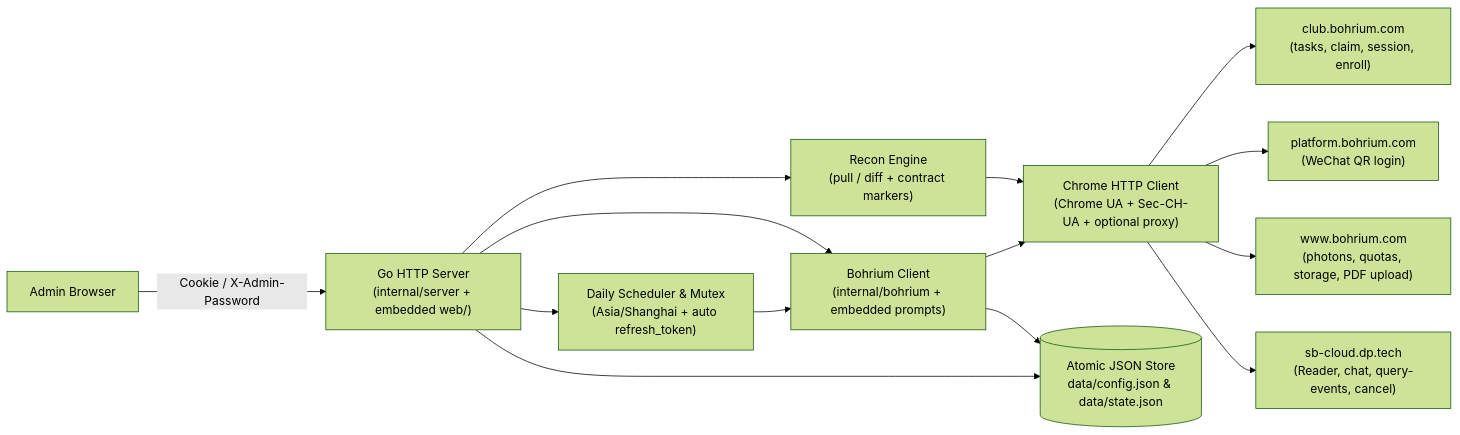
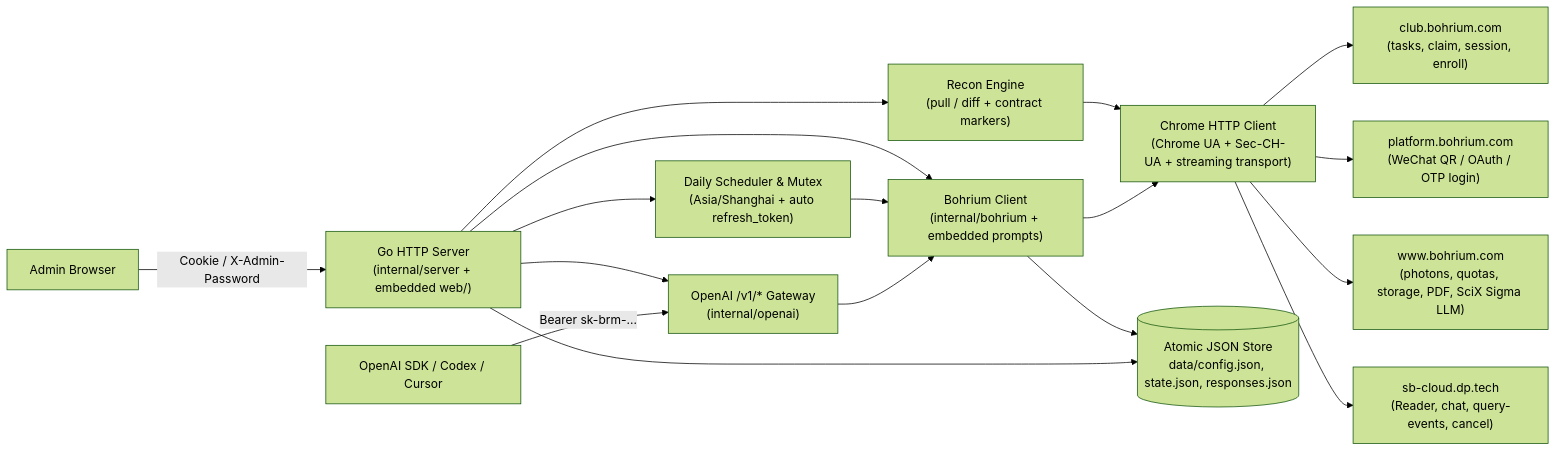
Before and after one commit to LandmineHQ/bohrium-club-auto: the diagram in README.md, drawn with Mermaid (forest theme). The commit also changed other lines of this file and 25 other files, not shown here.

````diff
--- a/README.md
+++ b/README.md
@@ -216,16 +225,19 @@
 ```mermaid
 flowchart LR
     Browser["Admin Browser"] -->|"Cookie / X-Admin-Password"| HTTP["Go HTTP Server<br/>(internal/server + embedded web/)"]
+    SDK["OpenAI SDK / Codex / Cursor"] -->|"Bearer sk-brm-..."| GW["OpenAI /v1/* Gateway<br/>(internal/openai)"]
+    HTTP --> GW
     HTTP --> Sched["Daily Scheduler & Mutex<br/>(Asia/Shanghai + auto refresh_token)"]
     HTTP --> Recon["Recon Engine<br/>(pull / diff + contract markers)"]
-    Sched --> Client["Bohrium Client<br/>(internal/bohrium + embedded prompts)"]
+    GW --> Client["Bohrium Client<br/>(internal/bohrium + embedded prompts)"]
+    Sched --> Client
     HTTP --> Client
-    Client --> Chrome["Chrome HTTP Client<br/>(Chrome UA + Sec-CH-UA + optional proxy)"]
+    Client --> Chrome["Chrome HTTP Client<br/>(Chrome UA + Sec-CH-UA + streaming transport)"]
     Recon --> Chrome
     Chrome --> Club["club.bohrium.com<br/>(tasks, claim, session, enroll)"]
-    Chrome --> Platform["platform.bohrium.com<br/>(WeChat QR login)"]
-    Chrome --> WWW["www.bohrium.com<br/>(photons, quotas, storage, PDF upload)"]
+    Chrome --> Platform["platform.bohrium.com<br/>(WeChat QR / OAuth / OTP login)"]
+    Chrome --> WWW["www.bohrium.com<br/>(photons, quotas, storage, PDF, SciX Sigma LLM)"]
     Chrome --> SB["sb-cloud.dp.tech<br/>(Reader, chat, query-events, cancel)"]
-    HTTP --> Store[("Atomic JSON Store<br/>data/config.json & data/state.json")]
+    HTTP --> Store[("Atomic JSON Store<br/>data/config.json, state.json, responses.json")]
     Client --> Store
 ```
````
